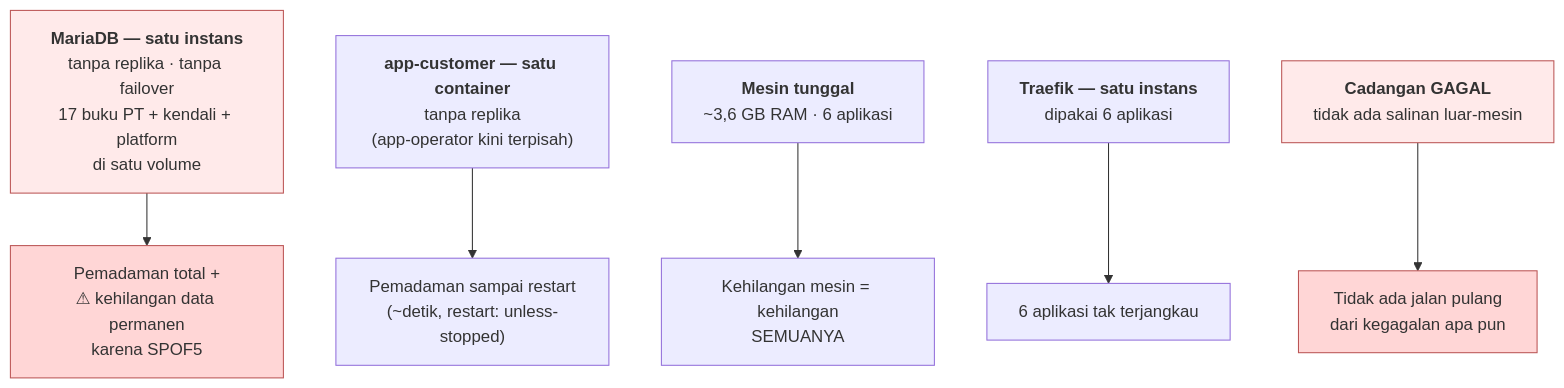
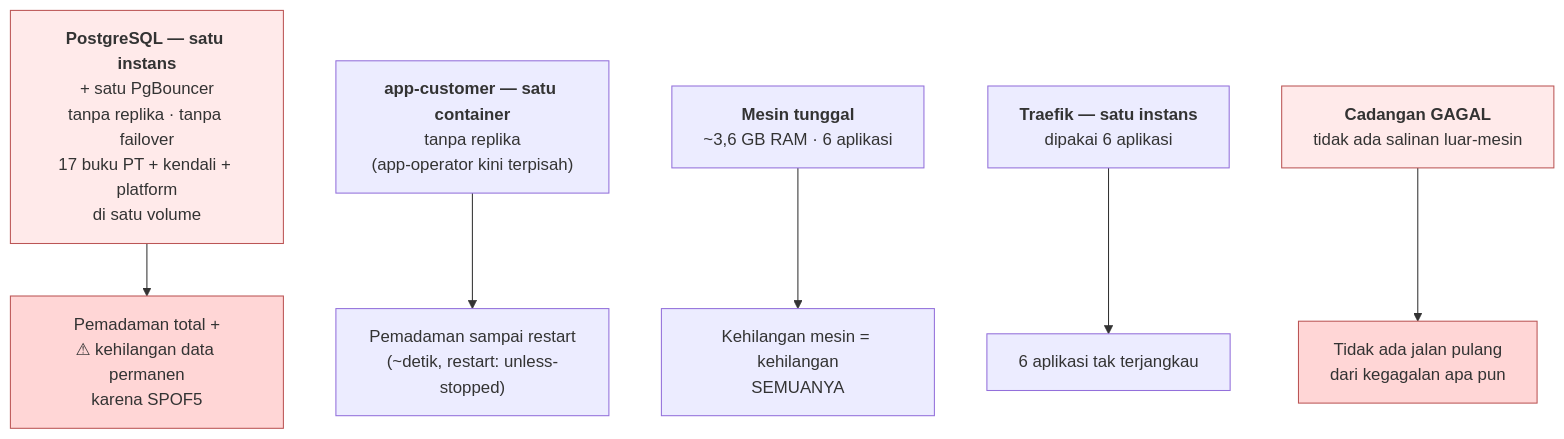
One commit to tri-evendi/sai-accounting changed the fourth of 4 diagrams in docs/arsitektur/04-DEPENDENSI-INTEGRASI.md. Above: the diagram before and after it, drawn with Mermaid. The commit also changed other lines of this file and 10 other files, not shown here.

First line of the commit message:
docs(arsitektur): lapisan basis data ditulis ulang untuk PostgreSQL

````diff
--- a/docs/arsitektur/04-DEPENDENSI-INTEGRASI.md
+++ b/docs/arsitektur/04-DEPENDENSI-INTEGRASI.md
@@ -283,19 +283,19 @@
 ```mermaid
 graph TD
-    SPOF1["<b>MariaDB — satu instans</b><br/>tanpa replika · tanpa failover<br/>17 buku PT + kendali + platform<br/>di satu volume"]
+    SPOF1["<b>PostgreSQL — satu instans</b><br/>+ satu PgBouncer<br/>tanpa replika · tanpa failover<br/>17 buku PT + kendali + platform<br/>di satu volume"]
     SPOF2["<b>app-customer — satu container</b><br/>tanpa replika<br/>(app-operator kini terpisah)"]
     SPOF3["<b>Mesin tunggal</b><br/>~3,6 GB RAM · 6 aplikasi"]
     SPOF4["<b>Traefik — satu instans</b><br/>dipakai 6 aplikasi"]
     SPOF5["<b>Cadangan GAGAL</b><br/>tidak ada salinan luar-mesin"]
 
     SPOF1 --> I1["Pemadaman total +<br/>⚠ kehilangan data permanen<br/>karena SPOF5"]
     SPOF2 --> I2["Pemadaman sampai restart<br/>(~detik, restart: unless-stopped)"]
     SPOF3 --> I3["Kehilangan mesin = kehilangan<br/>SEMUANYA"]
     SPOF4 --> I4["6 aplikasi tak terjangkau"]
     SPOF5 --> I5["Tidak ada jalan pulang<br/>dari kegagalan apa pun"]
 
     style SPOF1 fill:#ffeaea,stroke:#b55
     style SPOF5 fill:#ffeaea,stroke:#b55
     style I1 fill:#ffd6d6,stroke:#b55
     style I5 fill:#ffd6d6,stroke:#b55
 ```
````
